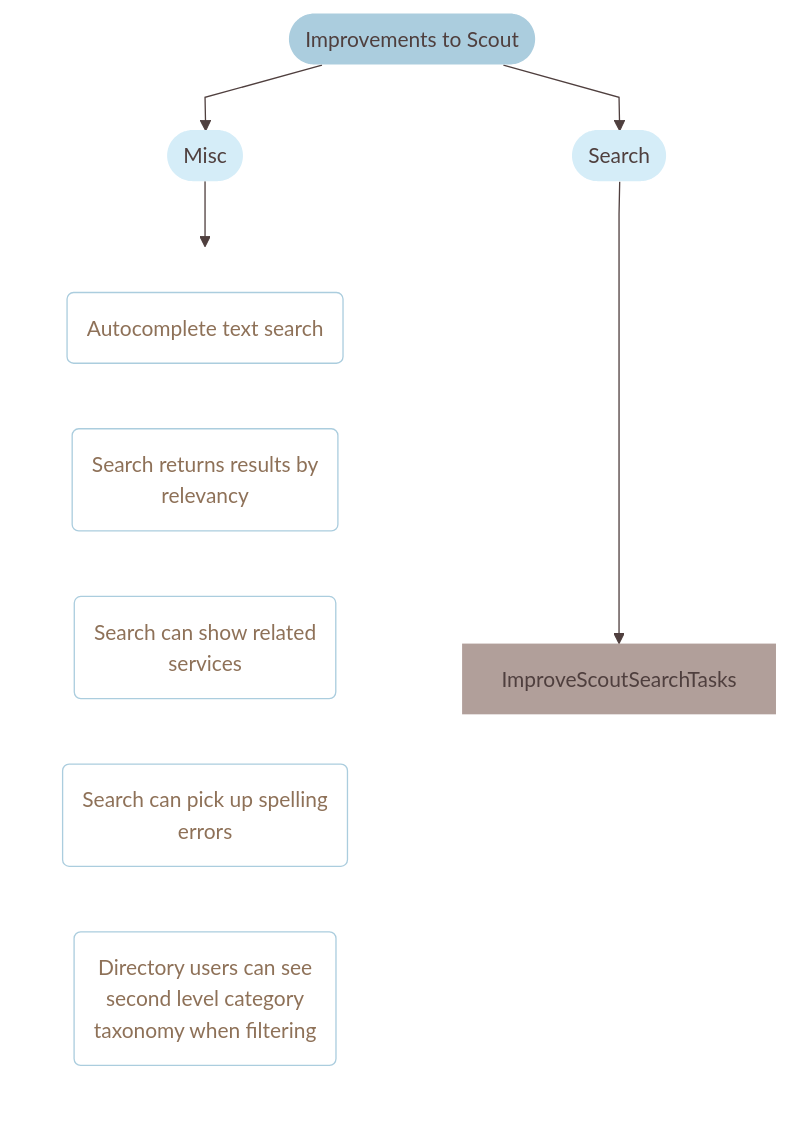
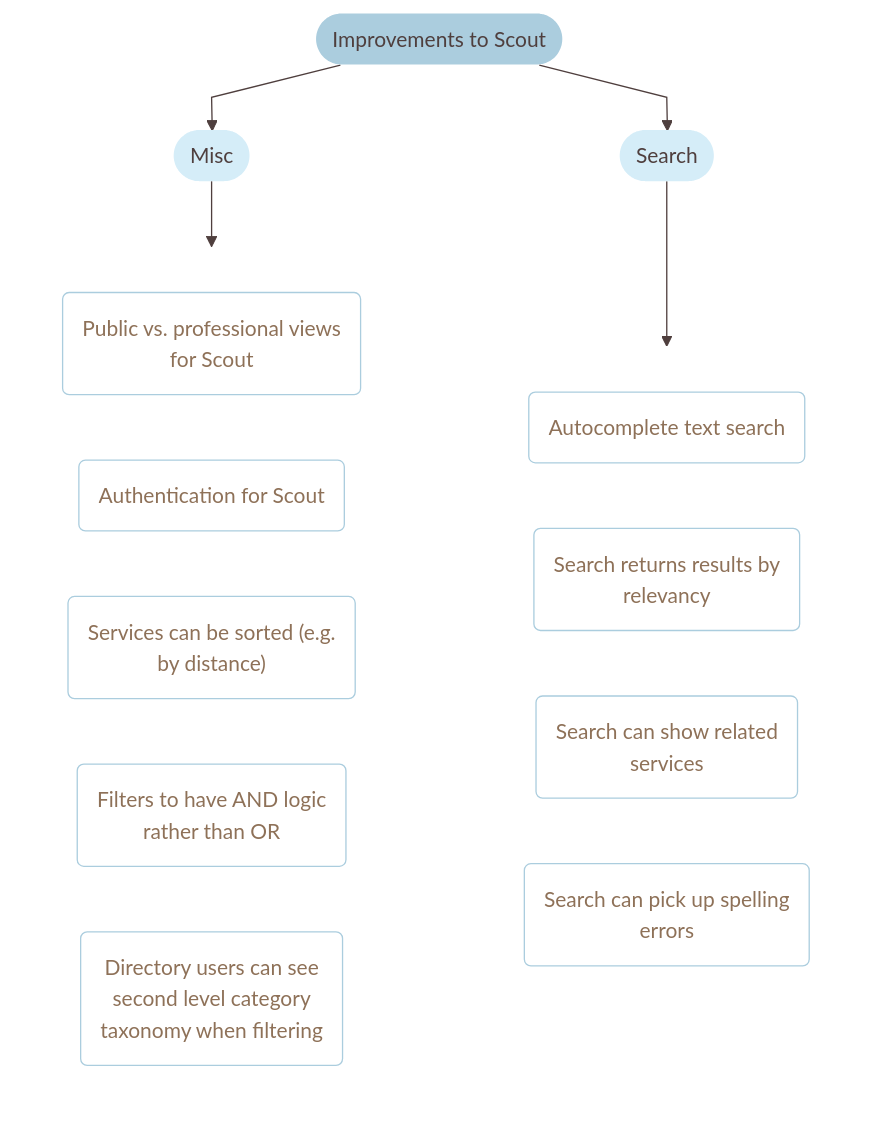
Before and after one commit to wearefuturegov/Outpost-Platform: the third of 6 diagrams in create-roadmap/ROADMAP.md, drawn with Mermaid. The commit also changed other lines of this file and 96 other files, not shown here.

Commit message:
add in mindmap

````diff
--- a/create-roadmap/ROADMAP.md
+++ b/create-roadmap/ROADMAP.md
@@ -147,75 +157,75 @@
 ```mermaid
 %%{
 init:
 	{
 	"theme": "base",
 	"themeVariables":
 		{
 	      "primaryColor": "#b19f9a",
 	      "primaryTextColor": "#4f3f3e",
 	      "primaryBorderColor": "none",
 	      "lineColor": "#4f3f3e",
 	      "secondaryColor": "transparent",
 	      "tertiaryColor": "transparent"
 		},
 	"flowchart": {
 	  "curve": "linear"
         }
 	}
 }%%
 flowchart
 
 
     classDef ImproveScout fill:#abcdde,stroke:none
     classDef ImproveScoutLv2 fill:#d5edf8,stroke:none
     classDef ImproveScoutTasks fill:#fff,stroke:#abcdde,color:#8e7158
 
 
 
     %% Top level
 
 
     %% 3 Improve scout
     ImproveScout([Improvements to Scout]):::ImproveScout
     %% 3.x Improve scout - second level
     ImproveScoutMisc([Misc]):::ImproveScoutLv2
     ImproveScoutSearch([Search]):::ImproveScoutLv2
 
 
         %% 3.1~ Misc - tasks
 
     subgraph ImproveScoutMiscTasks[ ]
      ImproveScoutMiscTask0("Public vs. professional views<br />for Scout<br />"):::ImproveScoutTasks
      click ImproveScoutMiscTask0 href "https://github.com/wearefuturegov/Outpost-Platform/issues/22"
      ImproveScoutMiscTask1("Authentication for Scout<br />"):::ImproveScoutTasks
      click ImproveScoutMiscTask1 href "https://github.com/wearefuturegov/Outpost-Platform/issues/21"
      ImproveScoutMiscTask2("Services can be sorted (e.g.<br />by distance)<br />"):::ImproveScoutTasks
      click ImproveScoutMiscTask2 href "https://github.com/wearefuturegov/Outpost-Platform/issues/20"
      ImproveScoutMiscTask3("Filters to have AND logic<br />rather than OR<br />"):::ImproveScoutTasks
      click ImproveScoutMiscTask3 href "https://github.com/wearefuturegov/Outpost-Platform/issues/19"
      ImproveScoutMiscTask4("Directory users can see<br />second level category<br />taxonomy when filtering<br />"):::ImproveScoutTasks
      click ImproveScoutMiscTask4 href "https://github.com/wearefuturegov/Outpost-Platform/issues/18"
     end
 
-    %% 3.1~ Search - tasks
+    %% 3.2~ Search - tasks
 
-    subgraph ImproveScoutMiscTasks[ ]
-     ImproveScoutMiscTask0("Autocomplete text search<br />"):::ImproveScoutTasks
-     click ImproveScoutMiscTask0 href "https://github.com/wearefuturegov/Outpost-Platform/issues/26"
-     ImproveScoutMiscTask1("Search returns results by<br />relevancy<br />"):::ImproveScoutTasks
-     click ImproveScoutMiscTask1 href "https://github.com/wearefuturegov/Outpost-Platform/issues/25"
-     ImproveScoutMiscTask2("Search can show related<br />services<br />"):::ImproveScoutTasks
-     click ImproveScoutMiscTask2 href "https://github.com/wearefuturegov/Outpost-Platform/issues/24"
-     ImproveScoutMiscTask3("Search can pick up spelling<br />errors<br />"):::ImproveScoutTasks
-     click ImproveScoutMiscTask3 href "https://github.com/wearefuturegov/Outpost-Platform/issues/23"
+    subgraph ImproveScoutSearchTasks[ ]
+     ImproveScoutSearchTask0("Autocomplete text search<br />"):::ImproveScoutTasks
+     click ImproveScoutSearchTask0 href "https://github.com/wearefuturegov/Outpost-Platform/issues/26"
+     ImproveScoutSearchTask1("Search returns results by<br />relevancy<br />"):::ImproveScoutTasks
+     click ImproveScoutSearchTask1 href "https://github.com/wearefuturegov/Outpost-Platform/issues/25"
+     ImproveScoutSearchTask2("Search can show related<br />services<br />"):::ImproveScoutTasks
+     click ImproveScoutSearchTask2 href "https://github.com/wearefuturegov/Outpost-Platform/issues/24"
+     ImproveScoutSearchTask3("Search can pick up spelling<br />errors<br />"):::ImproveScoutTasks
+     click ImproveScoutSearchTask3 href "https://github.com/wearefuturegov/Outpost-Platform/issues/23"
     end
 
 
 
 
 
     %% Improve scout
     ImproveScout --> ImproveScoutMisc --> ImproveScoutMiscTasks
     ImproveScout --> ImproveScoutSearch --> ImproveScoutSearchTasks
 
 ```
````
